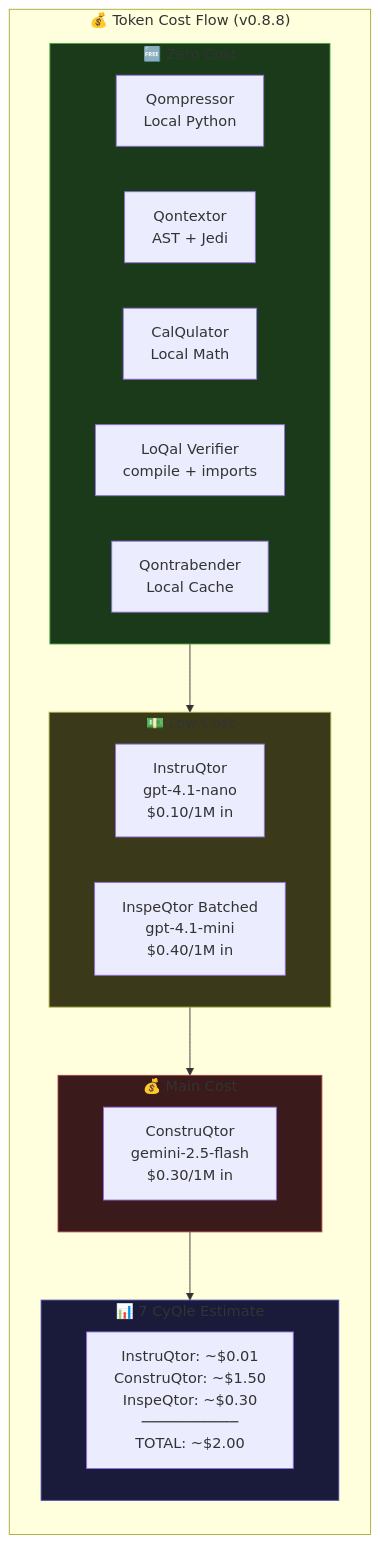
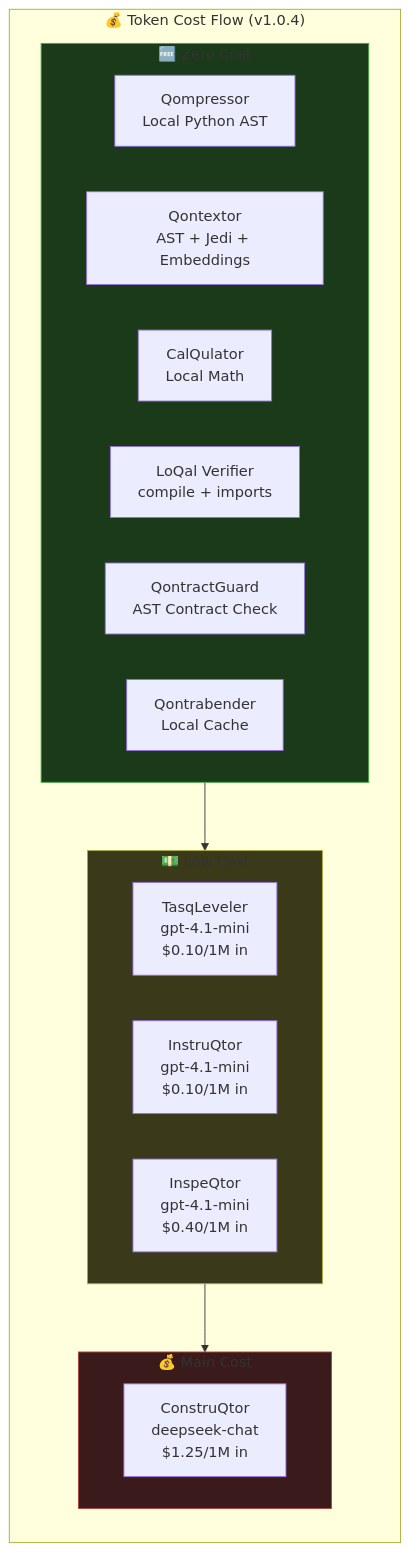
One commit to illdynamics/qonqrete changed the eighth of 8 diagrams in doc/ARCHITECTURE.md. Above: the diagram before and after it, drawn with Mermaid. The commit also changed other lines of this file and 32 other files, not shown here.

````diff
--- a/doc/ARCHITECTURE.md
+++ b/doc/ARCHITECTURE.md
@@ -397,35 +501,31 @@
 ```mermaid
 flowchart LR
-    subgraph COSTS["💰 Token Cost Flow (v0.8.8)"]
+    subgraph COSTS["💰 Token Cost Flow (v1.0.4)"]
         
         subgraph FREE["🆓 Zero Cost"]
-            Qompressor[Qompressor<br/>Local Python]
-            Qontextor[Qontextor<br/>AST + Jedi]
+            Qompressor[Qompressor<br/>Local Python AST]
+            Qontextor[Qontextor<br/>AST + Jedi + Embeddings]
             CalQulator[CalQulator<br/>Local Math]
             LoQal[LoQal Verifier<br/>compile + imports]
+            QontractGuard[QontractGuard<br/>AST Contract Check]
             Qontrabender[Qontrabender<br/>Local Cache]
         end
         
         subgraph CHEAP["💵 Low Cost"]
-            InstruQtor[InstruQtor<br/>gpt-4.1-nano<br/>$0.10/1M in]
-            InspeQtorBatch[InspeQtor Batched<br/>gpt-4.1-mini<br/>$0.40/1M in]
+            TasqLeveler[TasqLeveler<br/>gpt-4.1-mini<br/>$0.10/1M in]
+            InstruQtor[InstruQtor<br/>gpt-4.1-mini<br/>$0.10/1M in]
+            InspeQtorBatch[InspeQtor<br/>gpt-4.1-mini<br/>$0.40/1M in]
         end
         
         subgraph MAIN["💰 Main Cost"]
-            ConstruQtor[ConstruQtor<br/>gemini-2.5-flash<br/>$0.30/1M in]
-        end
-        
-        subgraph TOTAL["📊 7 CyQle Estimate"]
-            Est[InstruQtor: ~$0.01<br/>ConstruQtor: ~$1.50<br/>InspeQtor: ~$0.30<br/>───────────<br/>TOTAL: ~$2.00]
+            ConstruQtor[ConstruQtor<br/>deepseek-chat<br/>$1.25/1M in]
         end
     end
     
     FREE --> CHEAP
     CHEAP --> MAIN
-    MAIN --> TOTAL
     
     style FREE fill:#1a3a1a,stroke:#4a4
     style CHEAP fill:#3a3a1a,stroke:#aa4
     style MAIN fill:#3a1a1a,stroke:#a44
-    style TOTAL fill:#1a1a3a,stroke:#44a
 ```
````
